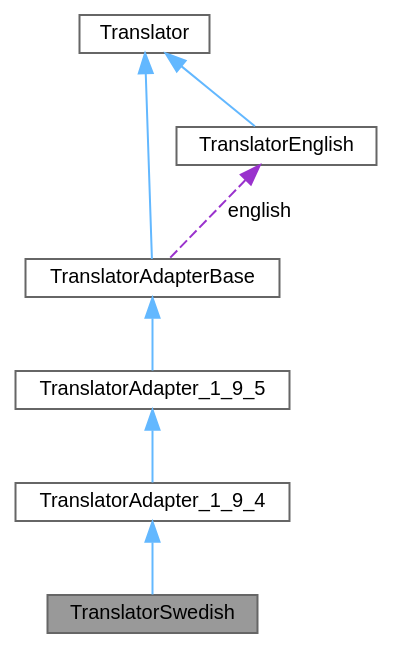
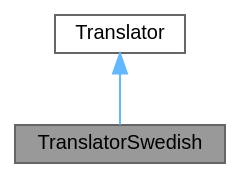
The diagram in d3/dee/class_translator_swedish__coll__graph.dot (tim-gromeyer/doxygen), drawn with Graphviz before and after one commit. The commit also changed 154 other files, not shown here.

```diff
--- a/d3/dee/class_translator_swedish__coll__graph.dot
+++ b/d3/dee/class_translator_swedish__coll__graph.dot
@@ -1,20 +1,11 @@
 digraph "TranslatorSwedish"
 {
  // INTERACTIVE_SVG=YES
  // LATEX_PDF_SIZE
   bgcolor="transparent";
   edge [fontname=Helvetica,fontsize=10,labelfontname=Helvetica,labelfontsize=10];
   node [fontname=Helvetica,fontsize=10,shape=box,height=0.2,width=0.4];
   Node1 [label="TranslatorSwedish",height=0.2,width=0.4,color="gray40", fillcolor="grey60", style="filled", fontcolor="black",tooltip=" "];
   Node2 -> Node1 [dir="back",color="steelblue1",style="solid"];
-  Node2 [label="TranslatorAdapter_1_9_4",height=0.2,width=0.4,color="gray40", fillcolor="white", style="filled",URL="$d0/d33/class_translator_adapter__1__9__4.html",tooltip=" "];
-  Node3 -> Node2 [dir="back",color="steelblue1",style="solid"];
-  Node3 [label="TranslatorAdapter_1_9_5",height=0.2,width=0.4,color="gray40", fillcolor="white", style="filled",URL="$dd/dba/class_translator_adapter__1__9__5.html",tooltip=" "];
-  Node4 -> Node3 [dir="back",color="steelblue1",style="solid"];
-  Node4 [label="TranslatorAdapterBase",height=0.2,width=0.4,color="gray40", fillcolor="white", style="filled",URL="$db/d6c/class_translator_adapter_base.html",tooltip="Base of the translator adapter tree."];
-  Node5 -> Node4 [dir="back",color="steelblue1",style="solid"];
-  Node5 [label="Translator",height=0.2,width=0.4,color="gray40", fillcolor="white", style="filled",URL="$d8/dfb/class_translator.html",tooltip="Abstract base class for all translatable text fragments."];
-  Node6 -> Node4 [dir="back",color="darkorchid3",style="dashed",label=" english" ];
-  Node6 [label="TranslatorEnglish",height=0.2,width=0.4,color="gray40", fillcolor="white", style="filled",URL="$d6/d78/class_translator_english.html",tooltip=" "];
-  Node5 -> Node6 [dir="back",color="steelblue1",style="solid"];
+  Node2 [label="Translator",height=0.2,width=0.4,color="gray40", fillcolor="white", style="filled",URL="$d8/dfb/class_translator.html",tooltip="Abstract base class for all translatable text fragments."];
 }
```
